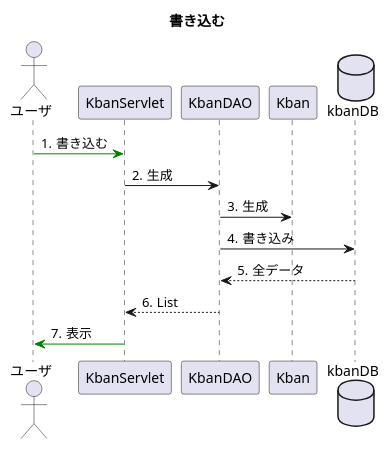
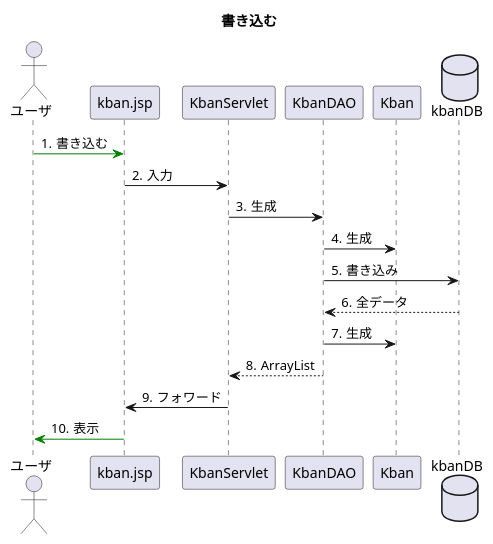
The diagram in uml/seq_wr.pu (Tranoske/WebExample), drawn with PlantUML before and after one commit. The commit also changed 4 other files, not shown here.

Commit message:
図

```diff
--- a/uml/seq_wr.pu
+++ b/uml/seq_wr.pu
@@ -1,19 +1,23 @@
 @startuml
 title 書き込む
 
 autonumber "#."
 
 actor ユーザ
+participant kban.jsp
 participant KbanServlet
 participant KbanDAO
 participant Kban
 database kbanDB
 
-ユーザ -[#green]> KbanServlet:書き込む
+ユーザ -[#green]> kban.jsp:書き込む
+kban.jsp -> KbanServlet:入力
 KbanServlet -> KbanDAO:生成
 KbanDAO -> Kban:生成
 KbanDAO -> kbanDB:書き込み
 kbanDB --> KbanDAO:全データ
-KbanDAO --> KbanServlet:List
-KbanServlet -[#green]> ユーザ:表示
+KbanDAO -> Kban:生成
+KbanDAO --> KbanServlet:ArrayList
+KbanServlet ->kban.jsp:フォワード
+kban.jsp -[#green]> ユーザ:表示
 @enduml
```
